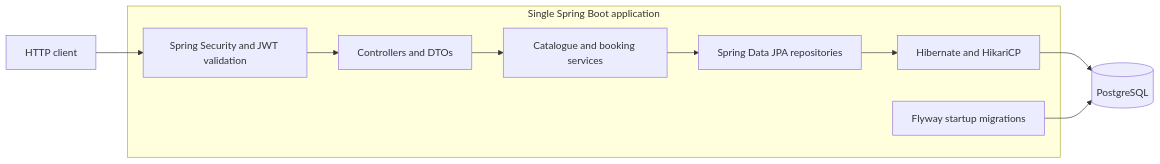
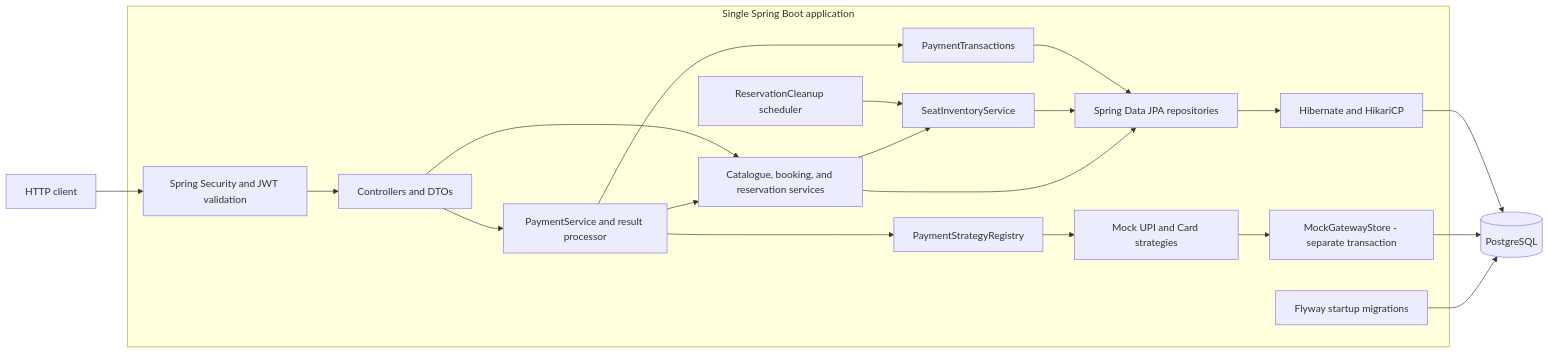
Before and after one commit to Avnish666/Tbooker: the diagram in README.md, drawn with Mermaid. The commit also changed other lines of this file and 62 other files, not shown here.

Commit message:
Add seat reservations and verified mock payment bookings

````diff
--- a/README.md
+++ b/README.md
@@ -33,13 +41,24 @@
 ```mermaid
 flowchart LR
     Client[HTTP client] --> Security[Spring Security and JWT validation]
     subgraph App[Single Spring Boot application]
         Security --> Controllers[Controllers and DTOs]
-        Controllers --> Services[Catalogue and booking services]
+        Controllers --> Services[Catalogue, booking, and reservation services]
+        Controllers --> Payments[PaymentService and result processor]
+        Payments --> Tx[PaymentTransactions]
+        Tx --> Repos
+        Payments --> Registry[PaymentStrategyRegistry]
+        Registry --> Gateway[Mock UPI and Card strategies]
+        Gateway --> Ledger[MockGatewayStore - separate transaction]
+        Payments --> Services
+        Cleanup[ReservationCleanup scheduler] --> Inventory[SeatInventoryService]
+        Services --> Inventory
+        Inventory --> Repos
         Services --> Repos[Spring Data JPA repositories]
         Repos --> Persistence[Hibernate and HikariCP]
         Flyway[Flyway startup migrations]
     end
     Persistence --> DB[(PostgreSQL)]
+    Ledger --> DB
     Flyway --> DB
 ```
````
